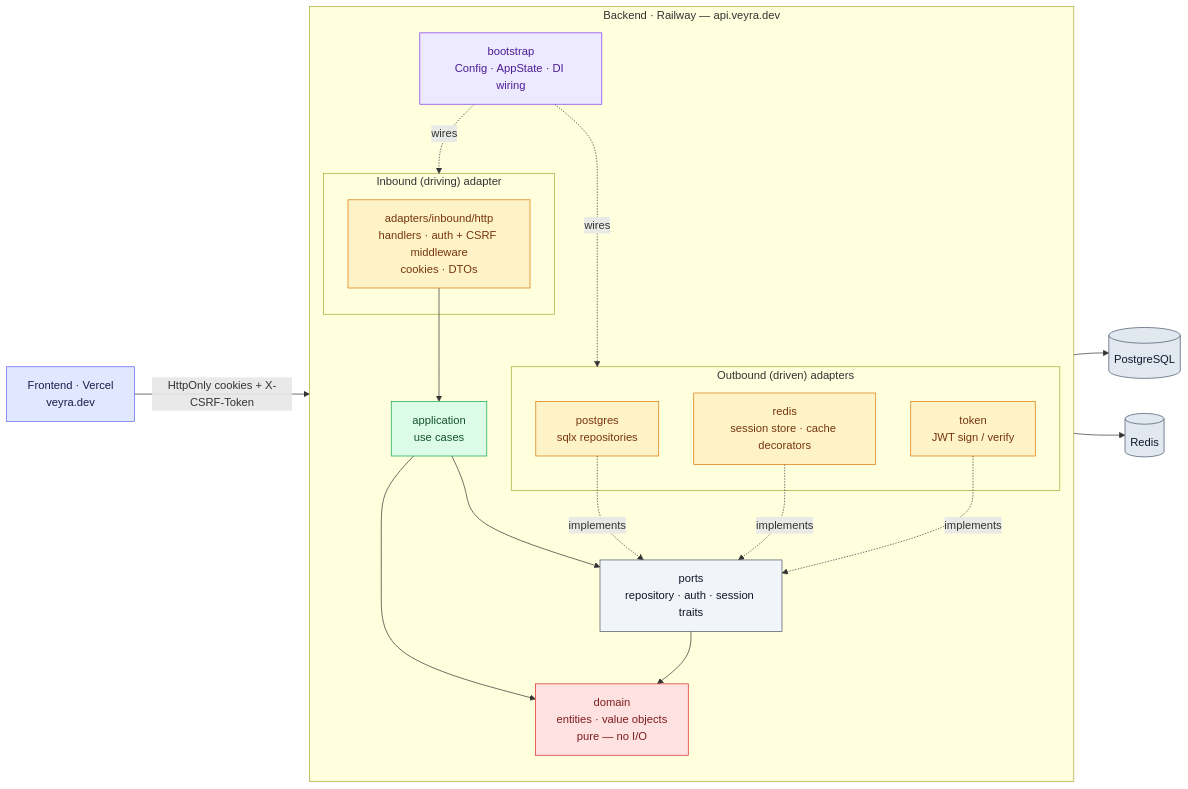
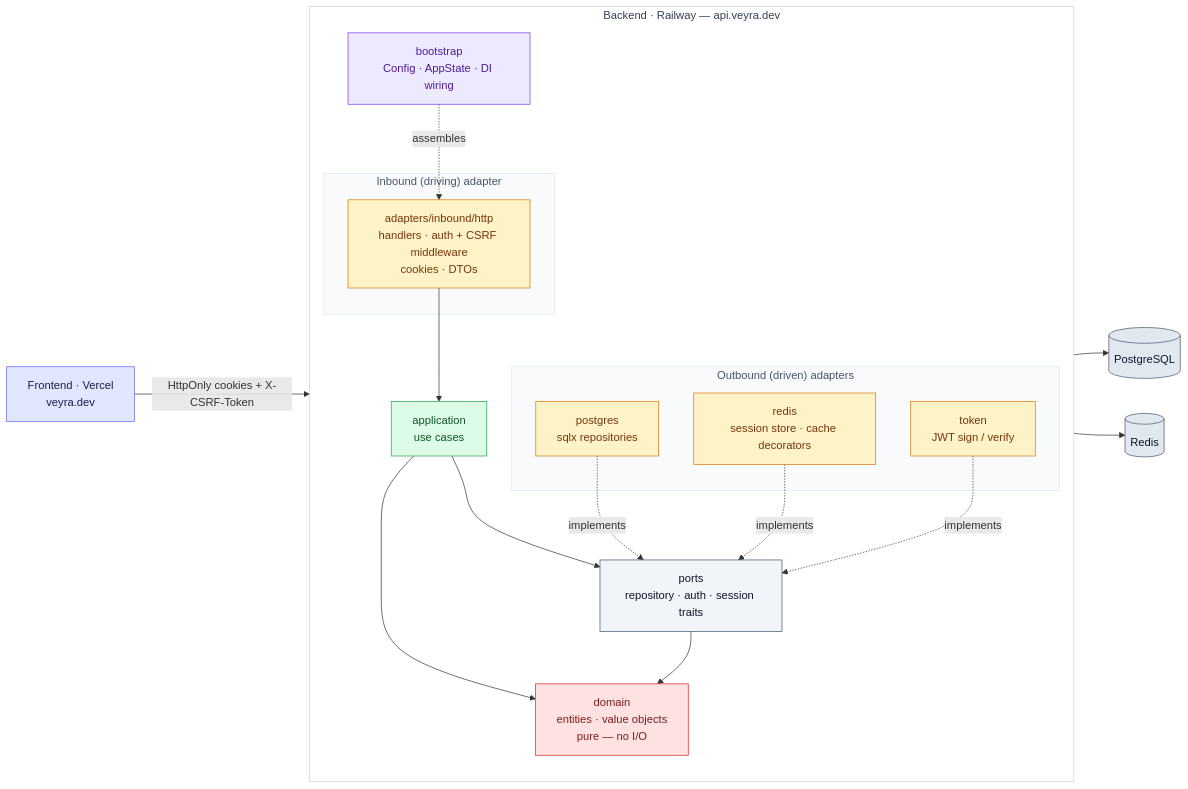
The diagram in README.md (oksasatya/veyra), drawn with Mermaid before and after one commit.

Commit message:
docs: redesign architecture diagram — hexagonal layers, dependency-inward flow, color-coded, render-verified

````diff
--- a/README.md
+++ b/README.md
@@ -32,48 +32,51 @@
 ```mermaid
 flowchart LR
   FE["Frontend · Vercel<br/>veyra.dev"]:::ext
 
   subgraph RW["Backend · Railway — api.veyra.dev"]
     direction TB
 
     subgraph IN["Inbound (driving) adapter"]
       H["adapters/inbound/http<br/>handlers · auth + CSRF middleware<br/>cookies · DTOs"]:::adapter
     end
 
     A["application<br/>use cases"]:::app
     P["ports<br/>repository · auth · session traits"]:::port
     D["domain<br/>entities · value objects<br/>pure — no I/O"]:::core
 
     subgraph OUT["Outbound (driven) adapters"]
       PGA["postgres<br/>sqlx repositories"]:::adapter
       RSA["redis<br/>session store · cache decorators"]:::adapter
       TKA["token<br/>JWT sign / verify"]:::adapter
     end
 
     BS["bootstrap<br/>Config · AppState · DI wiring"]:::boot
   end
 
   PG[("PostgreSQL")]:::infra
   RD[("Redis")]:::infra
 
   FE -->|"HttpOnly cookies + X-CSRF-Token"| H
   H --> A
   A --> P
   A --> D
   P --> D
   PGA -. implements .-> P
   RSA -. implements .-> P
   TKA -. implements .-> P
   PGA --> PG
   RSA --> RD
-  BS -. wires .-> IN
-  BS -. wires .-> OUT
+  BS -. assembles .-> H
 
   classDef ext fill:#e0e7ff,stroke:#6366f1,color:#1e1b4b;
   classDef adapter fill:#fef3c7,stroke:#d97706,color:#78350f;
   classDef app fill:#dcfce7,stroke:#16a34a,color:#14532d;
   classDef port fill:#f1f5f9,stroke:#475569,color:#0f172a;
   classDef core fill:#fee2e2,stroke:#dc2626,color:#7f1d1d;
   classDef infra fill:#e2e8f0,stroke:#475569,color:#0f172a;
   classDef boot fill:#ede9fe,stroke:#7c3aed,color:#4c1d95;
+
+  style RW fill:#ffffff,stroke:#cbd5e1,color:#334155
+  style IN fill:#f8fafc,stroke:#e2e8f0,color:#475569
+  style OUT fill:#f8fafc,stroke:#e2e8f0,color:#475569
 ```
````
